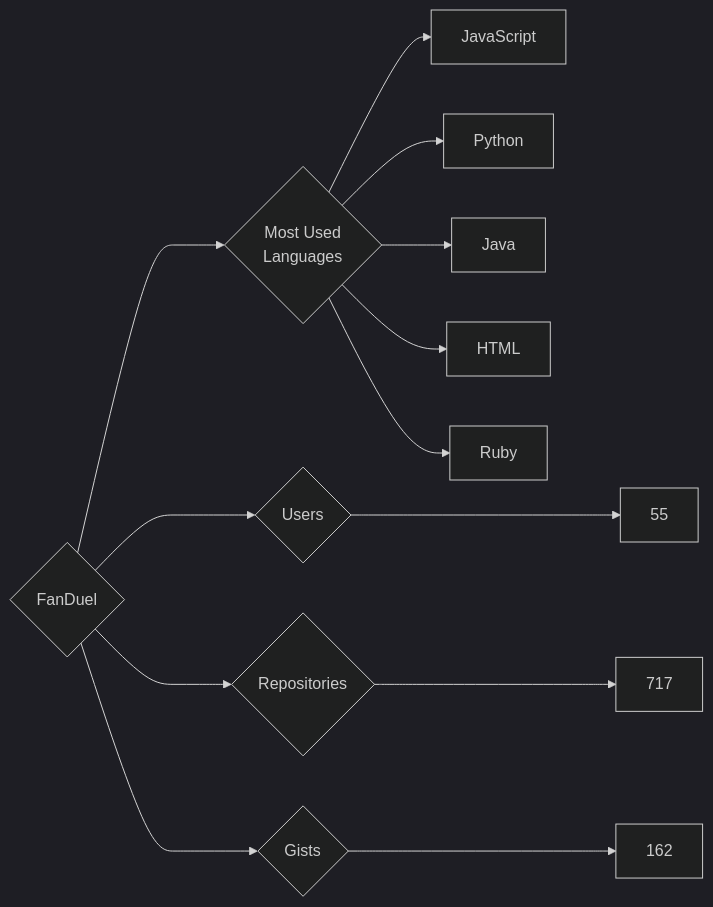
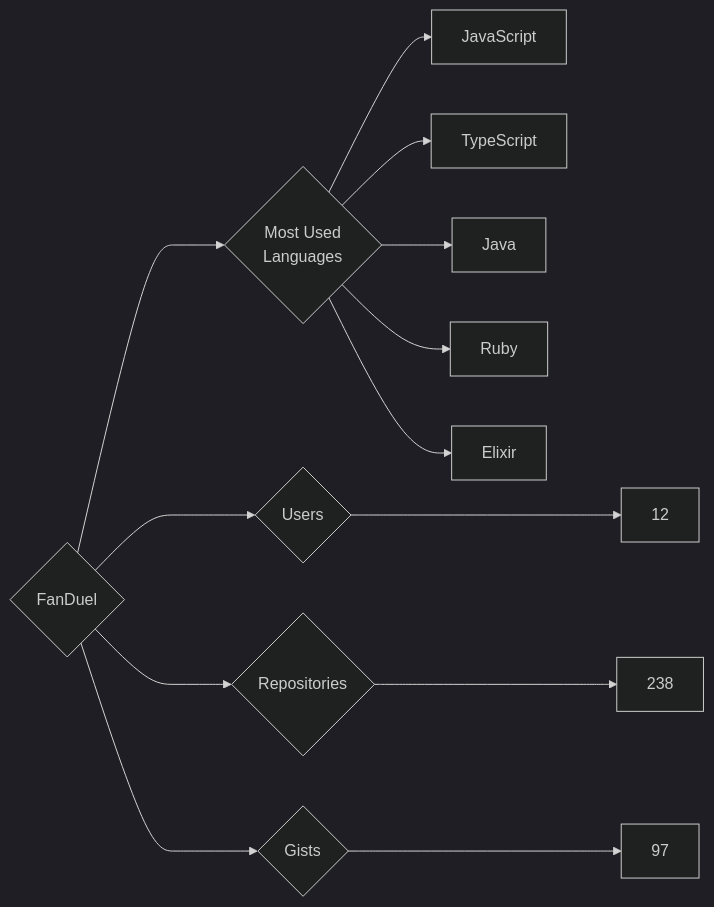
The diagram in targets/FanDuel/README.md (trickest/insiders), drawn with Mermaid (dark theme) before and after one commit. The commit also changed 545 other files, not shown here.

````diff
--- a/targets/FanDuel/README.md
+++ b/targets/FanDuel/README.md
@@ -3,13 +3,13 @@
 ```mermaid
 graph LR
 COMPANY_NAME{FanDuel}
-COMPANY_NAME ---> U{Users} ---> UN[55]
-COMPANY_NAME ---> R{Repositories} ---> RN[717]
-COMPANY_NAME ---> G{Gists} ---> GN[162]
+COMPANY_NAME ---> U{Users} ---> UN[12]
+COMPANY_NAME ---> R{Repositories} ---> RN[238]
+COMPANY_NAME ---> G{Gists} ---> GN[97]
 COMPANY_NAME ---> ML{Most Used<br>Languages}
 ML --> JavaScript[JavaScript]
-ML --> Python[Python]
+ML --> TypeScript[TypeScript]
 ML --> Java[Java]
-ML --> HTML[HTML]
 ML --> Ruby[Ruby]
+ML --> Elixir[Elixir]
 ```
````
